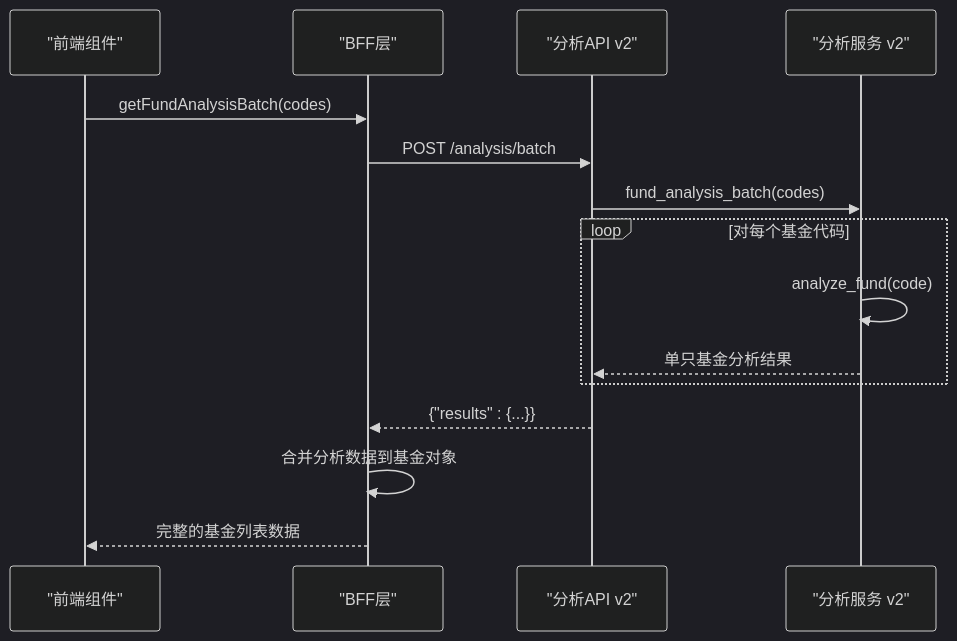
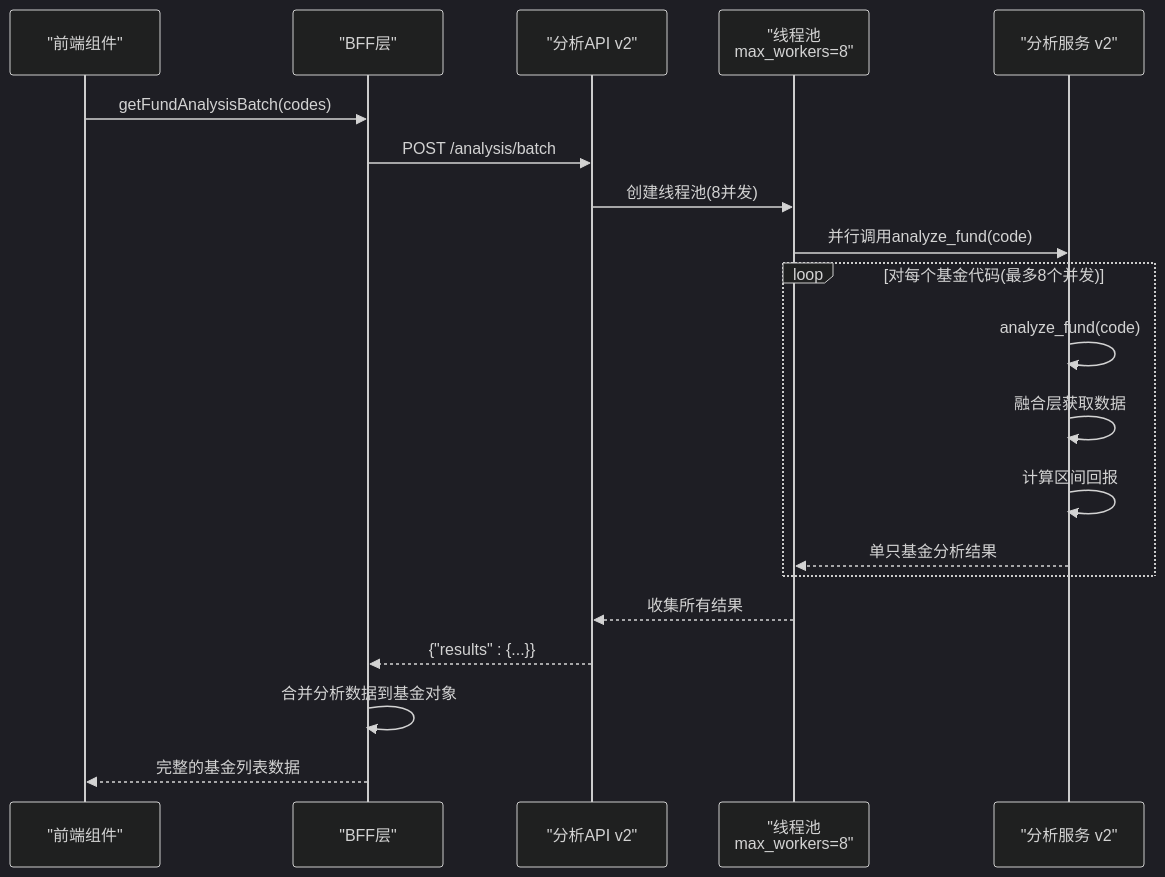
One commit to youkell85/FundTrader changed diagram 13 of 13 in .qoder/repowiki/zh/content/核心功能模块/AI分析服务.md. Above: the diagram before and after it, drawn with Mermaid (dark theme). The commit also changed other lines of this file and 46 other files, not shown here.

````diff
--- a/.qoder/repowiki/zh/content/核心功能模块/AI分析服务.md
+++ b/.qoder/repowiki/zh/content/核心功能模块/AI分析服务.md
@@ -696,17 +778,22 @@
 ```mermaid
 sequenceDiagram
 participant FE as "前端组件"
 participant BFF as "BFF层"
 participant API as "分析API v2"
+participant TP as "线程池<br/>max_workers=8"
 participant SVC as "分析服务 v2"
 FE->>BFF : getFundAnalysisBatch(codes)
 BFF->>API : POST /analysis/batch
-API->>SVC : fund_analysis_batch(codes)
-loop 对每个基金代码
+API->>TP : 创建线程池(8并发)
+TP->>SVC : 并行调用analyze_fund(code)
+loop 对每个基金代码(最多8个并发)
 SVC->>SVC : analyze_fund(code)
-SVC-->>API : 单只基金分析结果
+SVC->>SVC : 融合层获取数据
+SVC->>SVC : 计算区间回报
+SVC-->>TP : 单只基金分析结果
 end
+TP-->>API : 收集所有结果
 API-->>BFF : {"results" : {...}}
 BFF->>BFF : 合并分析数据到基金对象
 BFF-->>FE : 完整的基金列表数据
 ```
````
